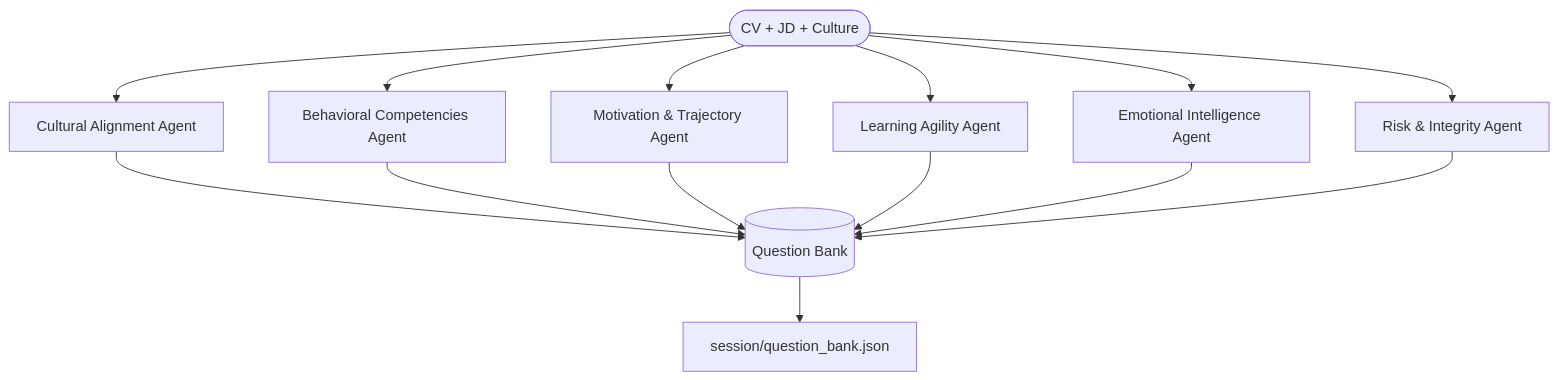
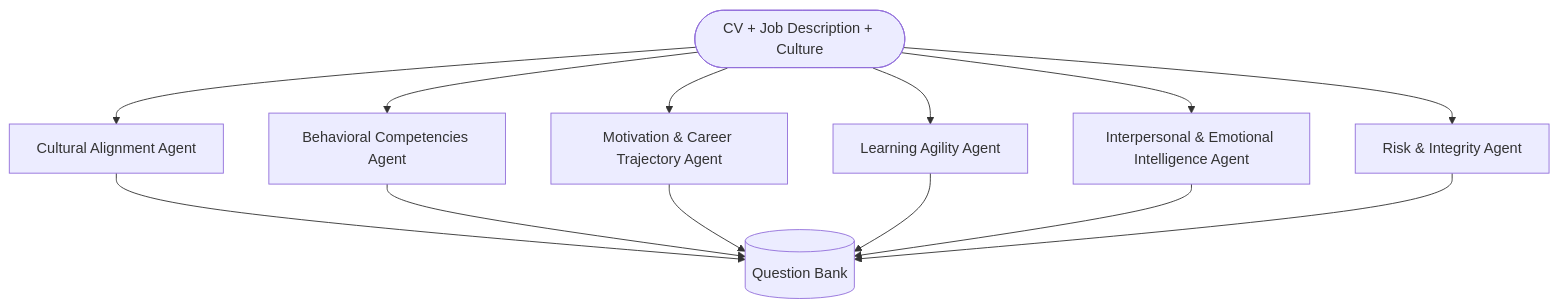
Before and after one commit to Abdurrahman-Wahdan/Mistral-Hackathon: the second of 2 diagrams in Readme.md, drawn with Mermaid. The commit also changed other lines of this file and 13 other files, not shown here.

````diff
--- a/Readme.md
+++ b/Readme.md
@@ -48,18 +293,16 @@
 ```mermaid
 flowchart TD
-    START([CV + JD + Culture]) --> A[Cultural Alignment Agent]
+    START([CV + Job Description + Culture]) --> A[Cultural Alignment Agent]
     START --> B[Behavioral Competencies Agent]
-    START --> C[Motivation & Trajectory Agent]
+    START --> C[Motivation & Career Trajectory Agent]
     START --> D[Learning Agility Agent]
-    START --> E[Emotional Intelligence Agent]
+    START --> E[Interpersonal & Emotional Intelligence Agent]
     START --> F[Risk & Integrity Agent]
 
     A --> MERGE[(Question Bank)]
     B --> MERGE
     C --> MERGE
     D --> MERGE
     E --> MERGE
     F --> MERGE
-
-    MERGE --> G[session/question_bank.json]
 ```
````
